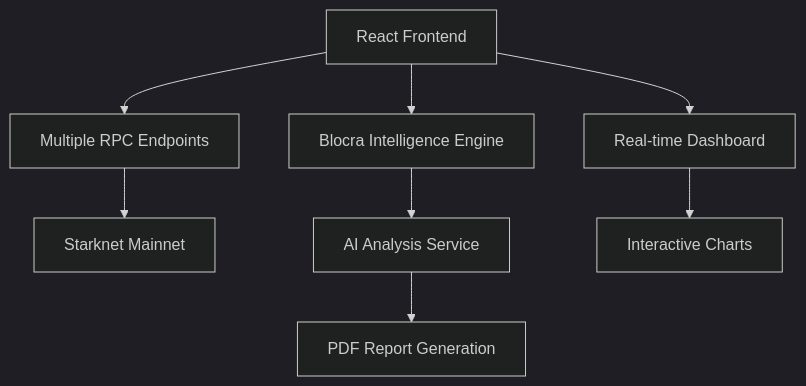
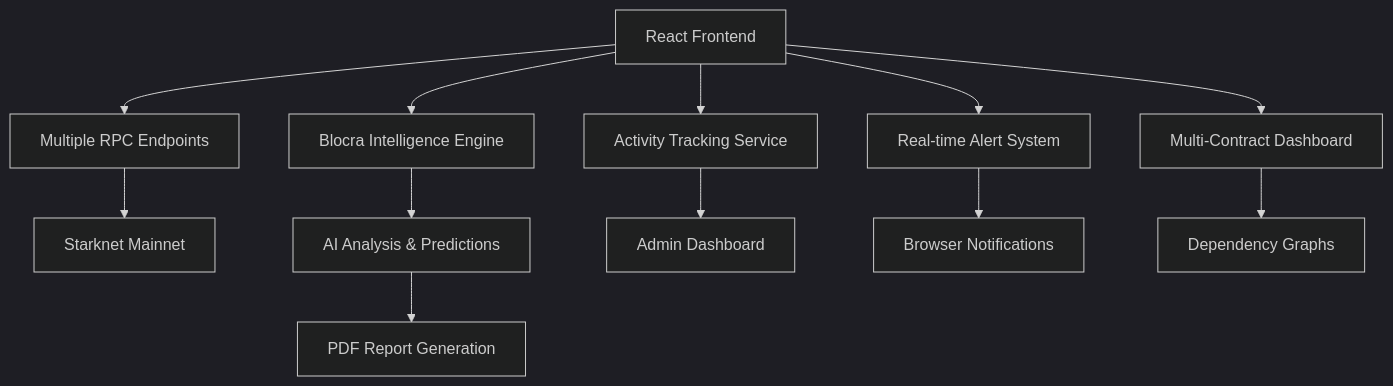
Before and after one commit to Ndifreke000/Starklytics-For-STARKNET: the diagram in README.md, drawn with Mermaid (dark theme). The commit also changed other lines of this file and 13 other files, not shown here.

````diff
--- a/README.md
+++ b/README.md
@@ -148,10 +173,14 @@
 ```mermaid
 graph TB
     A[React Frontend] --> B[Multiple RPC Endpoints]
     A --> C[Blocra Intelligence Engine]
-    B --> D[Starknet Mainnet]
-    C --> E[AI Analysis Service]
-    E --> F[PDF Report Generation]
-    A --> G[Real-time Dashboard]
-    G --> H[Interactive Charts]
+    A --> D[Activity Tracking Service]
+    A --> E[Real-time Alert System]
+    B --> F[Starknet Mainnet]
+    C --> G[AI Analysis & Predictions]
+    G --> H[PDF Report Generation]
+    D --> I[Admin Dashboard]
+    E --> J[Browser Notifications]
+    A --> K[Multi-Contract Dashboard]
+    K --> L[Dependency Graphs]
 ```
````
